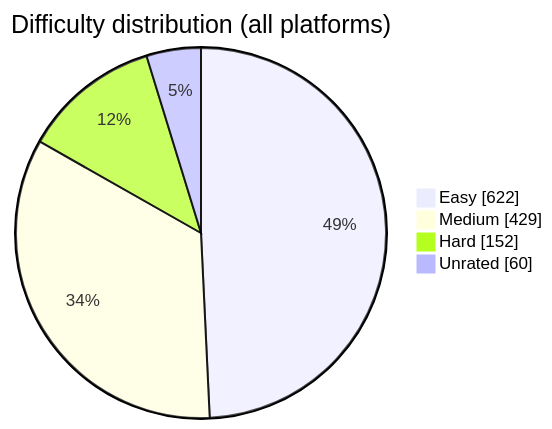
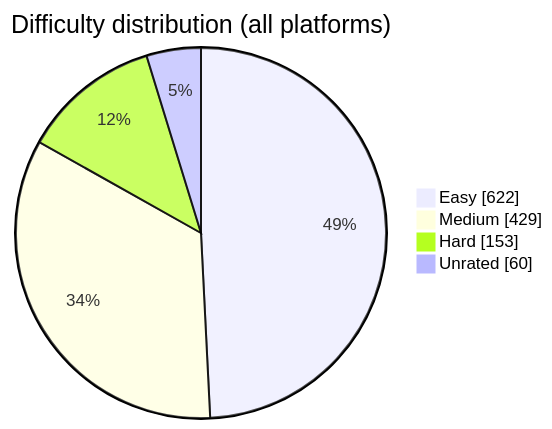
The diagram in README.md (BuildbyArindam/Daily-Coding-Log), drawn with Mermaid before and after one commit. The commit also changed other lines of this file, not shown here.

````diff
--- a/README.md
+++ b/README.md
@@ -93,7 +93,7 @@
 ```mermaid
 pie showData title Difficulty distribution (all platforms)
     "Easy" : 622
     "Medium" : 429
-    "Hard" : 152
+    "Hard" : 153
     "Unrated" : 60
 ```
````
